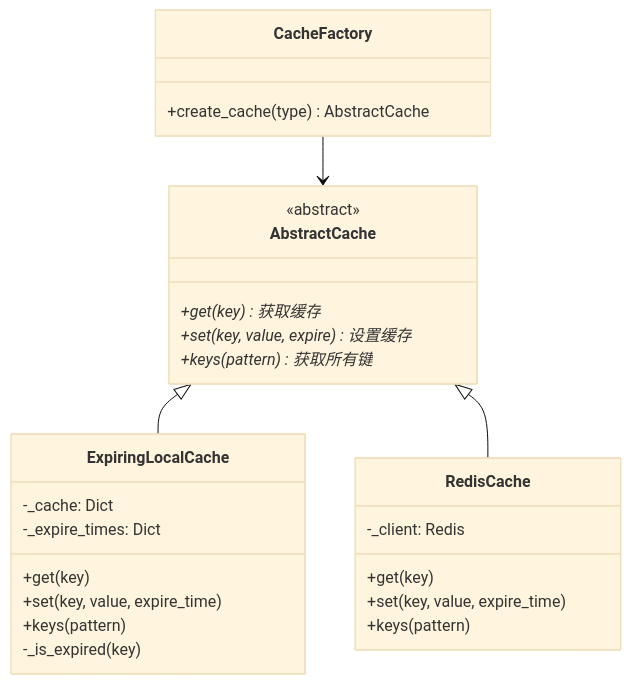
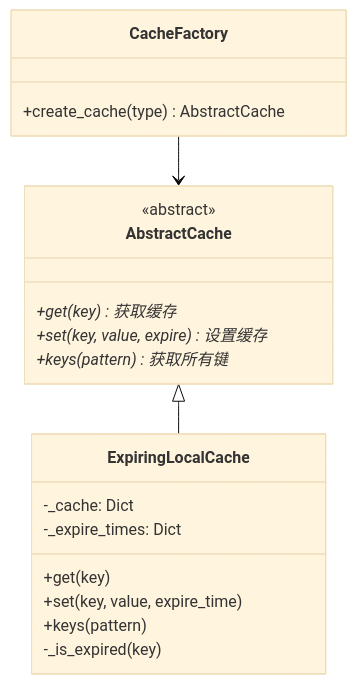
Before and after one commit to ucmao/mediaradar: the ninth of 12 diagrams in docs/项目架构文档.md, drawn with Mermaid (base theme). The commit also changed other lines of this file and 16 other files, not shown here.

Commit message:
Remove Redis cache dependency in favor of in-process cache

````diff
--- a/docs/项目架构文档.md
+++ b/docs/项目架构文档.md
@@ -561,33 +560,25 @@
 ```mermaid
 classDiagram
     class AbstractCache {
         <<abstract>>
         +get(key)* 获取缓存
         +set(key, value, expire)* 设置缓存
         +keys(pattern)* 获取所有键
     }
 
     class ExpiringLocalCache {
         -_cache: Dict
         -_expire_times: Dict
         +get(key)
         +set(key, value, expire_time)
         +keys(pattern)
         -_is_expired(key)
     }
 
-    class RedisCache {
-        -_client: Redis
-        +get(key)
-        +set(key, value, expire_time)
-        +keys(pattern)
-    }
-
     class CacheFactory {
         +create_cache(type) AbstractCache
     }
 
     AbstractCache <|-- ExpiringLocalCache
-    AbstractCache <|-- RedisCache
     CacheFactory --> AbstractCache
 ```
````
